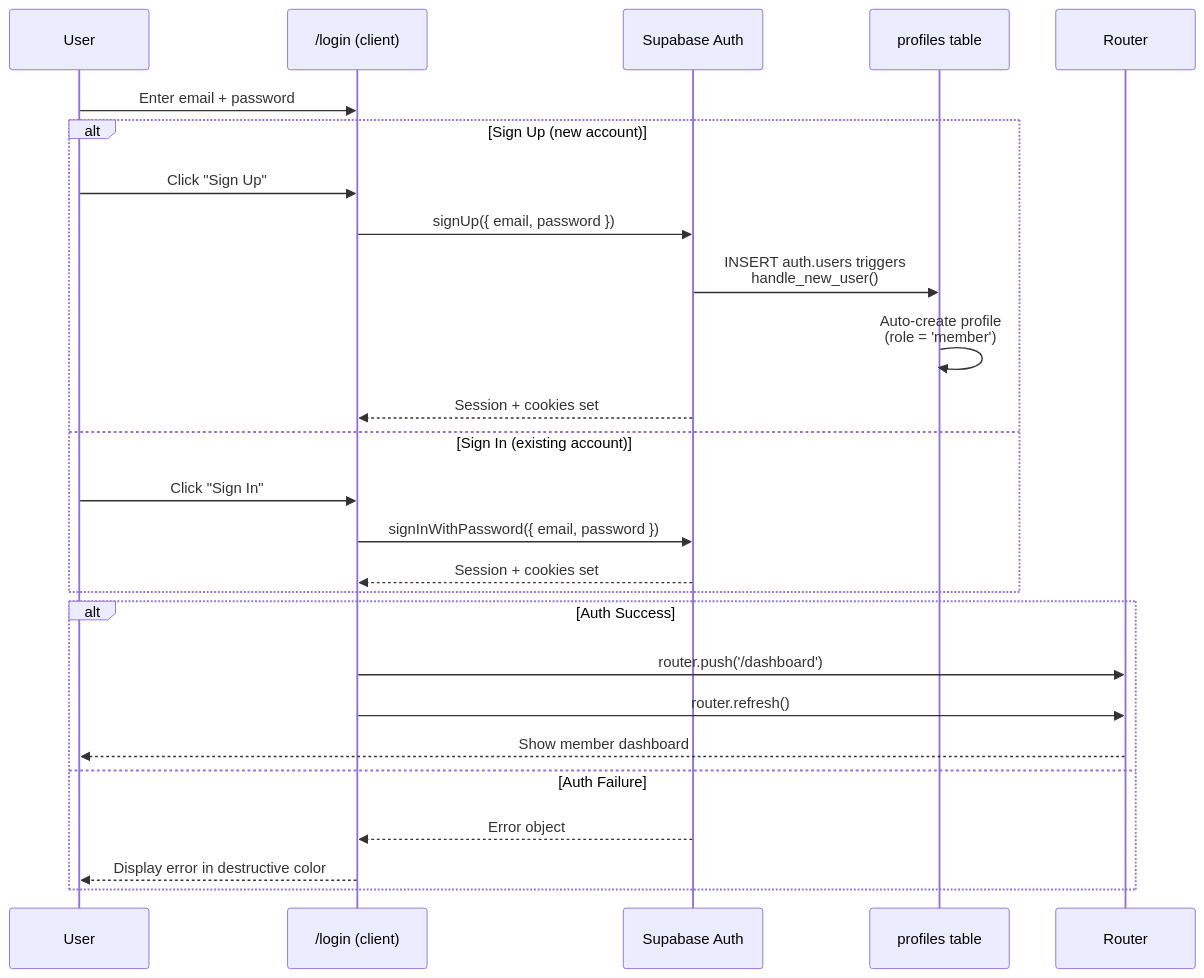
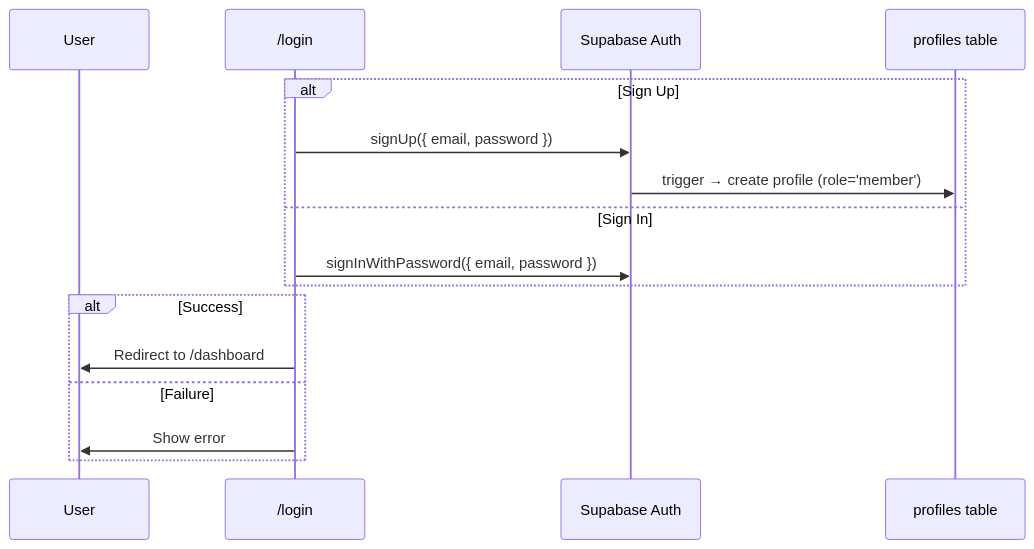
The second of 6 diagrams in docs/auth-flow.md (Felege-Yordanos-Tech-Team/felege-yordanos-app), drawn with Mermaid before and after one commit. The commit also changed other lines of this file and 5 other files, not shown here.

````diff
--- a/docs/auth-flow.md
+++ b/docs/auth-flow.md
@@ -53,31 +40,20 @@
 ```mermaid
 sequenceDiagram
     participant U as User
-    participant LP as /login (client)
+    participant LP as /login
     participant SB as Supabase Auth
     participant DB as profiles table
-    participant R as Router
 
-    U->>LP: Enter email + password
-
-    alt Sign Up (new account)
-        U->>LP: Click "Sign Up"
+    alt Sign Up
         LP->>SB: signUp({ email, password })
-        SB->>DB: INSERT auth.users triggers<br/>handle_new_user()
-        DB->>DB: Auto-create profile<br/>(role = 'member')
-        SB-->>LP: Session + cookies set
-    else Sign In (existing account)
-        U->>LP: Click "Sign In"
+        SB->>DB: trigger → create profile (role='member')
+    else Sign In
         LP->>SB: signInWithPassword({ email, password })
-        SB-->>LP: Session + cookies set
     end
 
-    alt Auth Success
-        LP->>R: router.push('/dashboard')
-        LP->>R: router.refresh()
-        R-->>U: Show member dashboard
-    else Auth Failure
-        SB-->>LP: Error object
-        LP-->>U: Display error in destructive color
+    alt Success
+        LP->>U: Redirect to /dashboard
+    else Failure
+        LP->>U: Show error
     end
 ```
````
